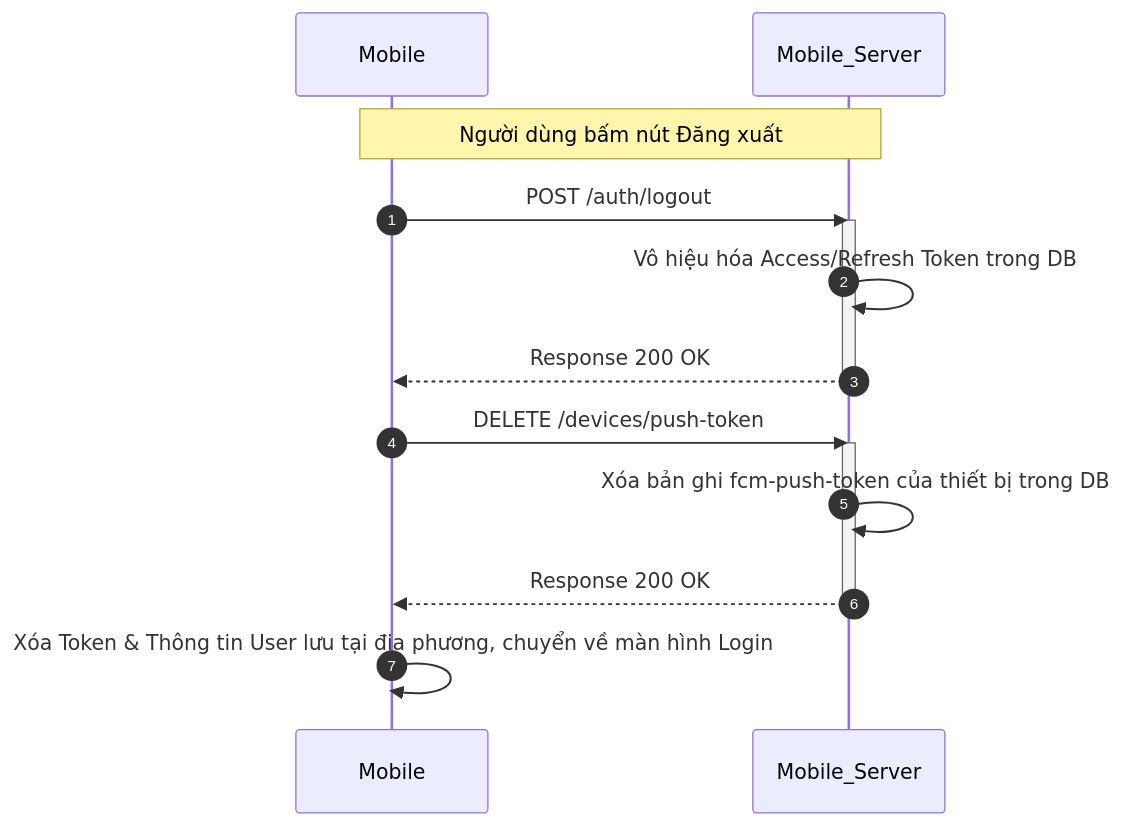
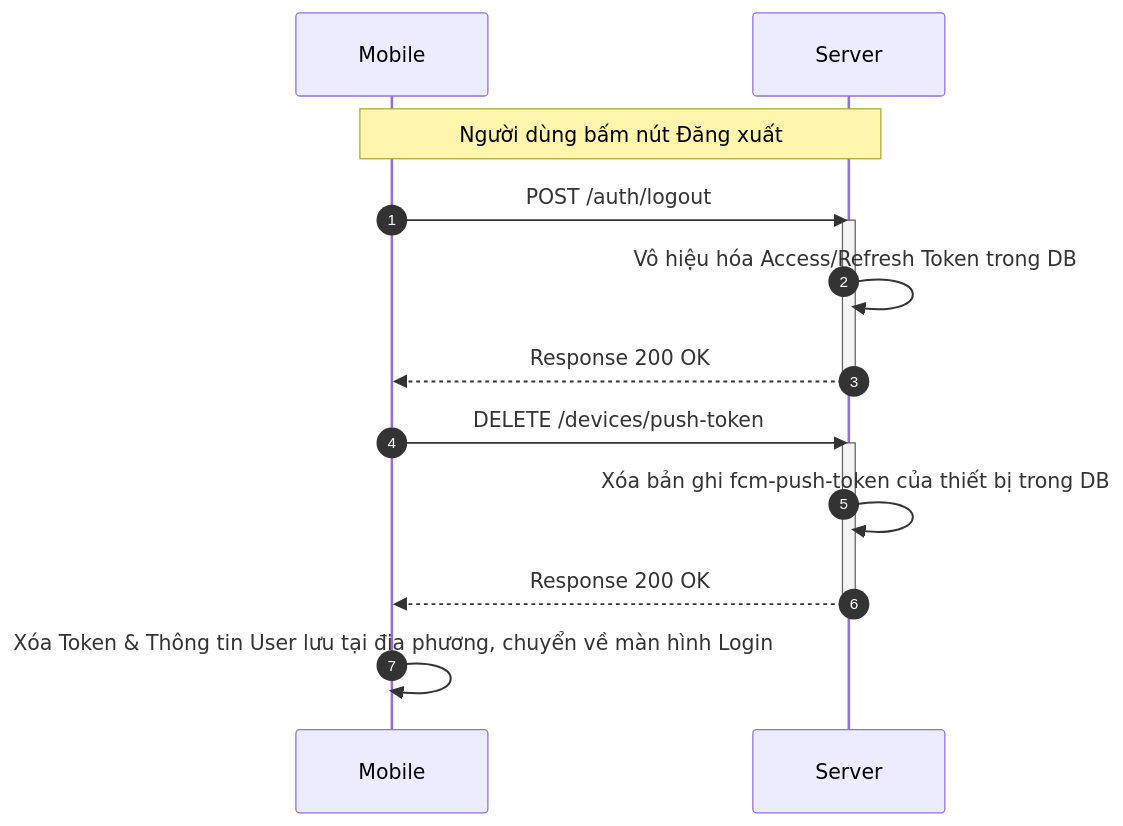
Before and after one commit to trungnguyenthien/Wildlife-Warning-and-Deterrence-System: the tenth of 18 diagrams in docs/04-sequence-diagram.md, drawn with Mermaid. The commit also changed other lines of this file, not shown here.

Commit message:
docs: update sequence diagram to reflect latest system workflow changes

````diff
--- a/docs/04-sequence-diagram.md
+++ b/docs/04-sequence-diagram.md
@@ -397,21 +397,21 @@
 ```mermaid
 sequenceDiagram
     autonumber
     participant Mobile as Mobile
-    participant Mobile_Server as Mobile_Server
+    participant Server as Server
 
-    Note over Mobile, Mobile_Server: Người dùng bấm nút Đăng xuất
-    Mobile->>Mobile_Server: POST /auth/logout
-    activate Mobile_Server
-    Mobile_Server->>Mobile_Server: Vô hiệu hóa Access/Refresh Token trong DB
-    Mobile_Server-->>Mobile: Response 200 OK
-    deactivate Mobile_Server
+    Note over Mobile, Server: Người dùng bấm nút Đăng xuất
+    Mobile->>Server: POST /auth/logout
+    activate Server
+    Server->>Server: Vô hiệu hóa Access/Refresh Token trong DB
+    Server-->>Mobile: Response 200 OK
+    deactivate Server
 
-    Mobile->>Mobile_Server: DELETE /devices/push-token
-    activate Mobile_Server
-    Mobile_Server->>Mobile_Server: Xóa bản ghi fcm-push-token của thiết bị trong DB
-    Mobile_Server-->>Mobile: Response 200 OK
-    deactivate Mobile_Server
+    Mobile->>Server: DELETE /devices/push-token
+    activate Server
+    Server->>Server: Xóa bản ghi fcm-push-token của thiết bị trong DB
+    Server-->>Mobile: Response 200 OK
+    deactivate Server
 
     Mobile->>Mobile: Xóa Token & Thông tin User lưu tại địa phương, chuyển về màn hình Login
 ```
````
